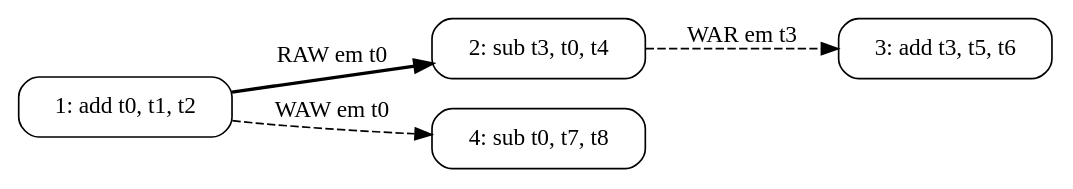
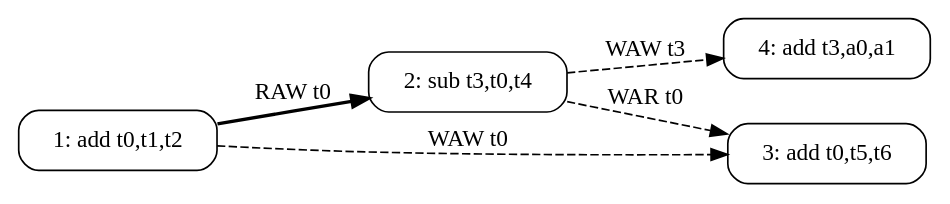
Before and after one commit to rodrgds/resumos: the diagram in src/content/ac/dependencias.dot, drawn with Graphviz. The commit also changed 48 other files, not shown here.

```diff
--- a/src/content/ac/dependencias.dot
+++ b/src/content/ac/dependencias.dot
@@ -1,11 +1,12 @@
 digraph Dependencias {
   rankdir=LR;
   node [shape=box, style=rounded];
-  i1 [label="1: add t0, t1, t2"];
-  i2 [label="2: sub t3, t0, t4"];
-  i3 [label="3: add t3, t5, t6"];
-  i4 [label="4: sub t0, t7, t8"];
-  i1 -> i2 [label="RAW em t0", style=bold];
-  i2 -> i3 [label="WAR em t3", style=dashed];
-  i1 -> i4 [label="WAW em t0", style=dashed];
+  i1 [label="1: add t0,t1,t2"];
+  i2 [label="2: sub t3,t0,t4"];
+  i3 [label="3: add t0,t5,t6"];
+  i4 [label="4: add t3,a0,a1"];
+  i1 -> i2 [label="RAW t0", style=bold];
+  i2 -> i3 [label="WAR t0", style=dashed];
+  i1 -> i3 [label="WAW t0", style=dashed];
+  i2 -> i4 [label="WAW t3", style=dashed];
 }
```
